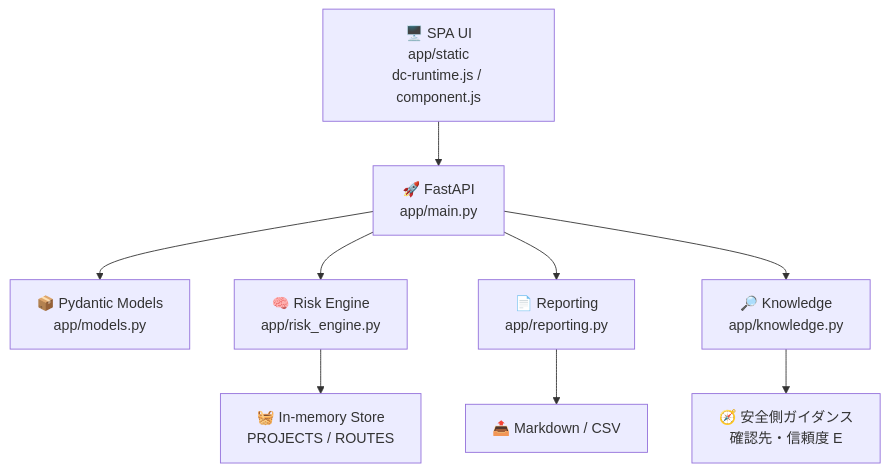
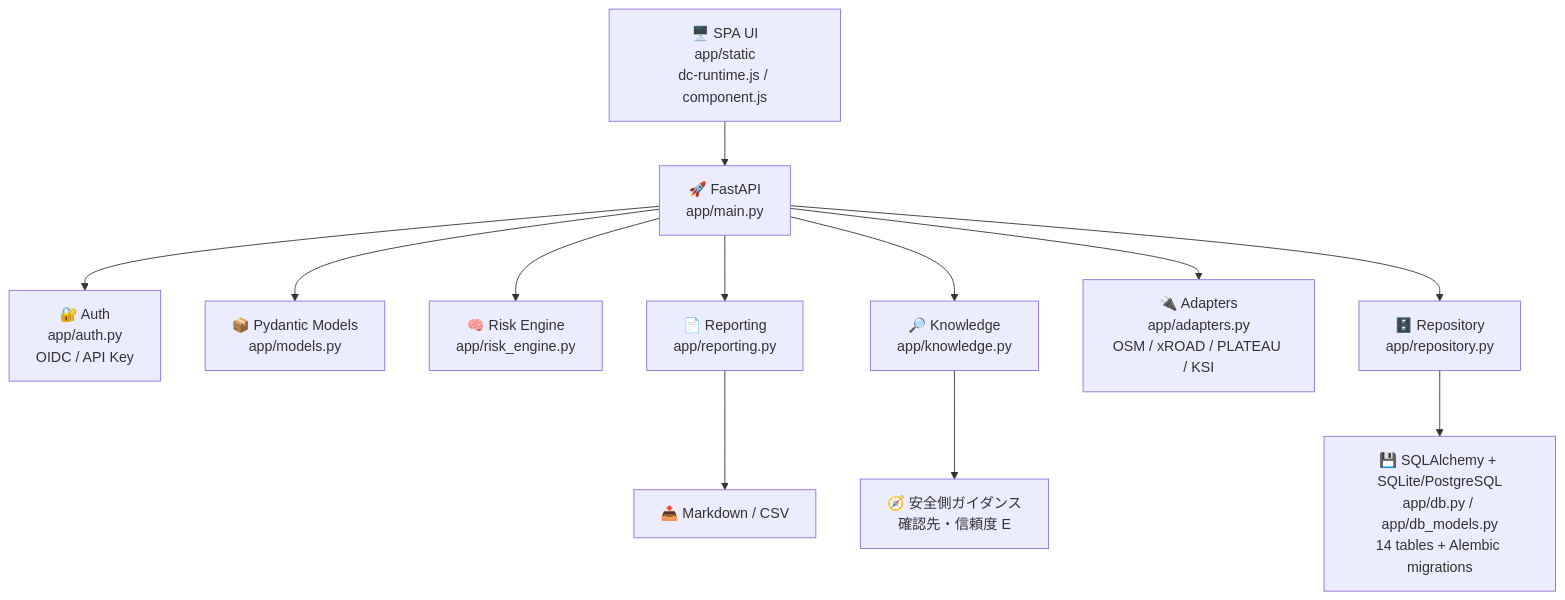
Before and after one commit to Kensan196948G/Construction-Logistics-Route-Planner: the fifth of 6 diagrams in README.md, drawn with Mermaid. The commit also changed other lines of this file and 62 other files, not shown here.

First line of the commit message:
feat(eval): production-readiness improvements + UI core flow + evaluation docs (#18)

````diff
--- a/README.md
+++ b/README.md
@@ -187,11 +195,14 @@
 ```mermaid
 flowchart TB
     U["🖥️ SPA UI<br/>app/static<br/>dc-runtime.js / component.js"] --> API["🚀 FastAPI<br/>app/main.py"]
+    API --> Auth["🔐 Auth<br/>app/auth.py<br/>OIDC / API Key"]
     API --> Models["📦 Pydantic Models<br/>app/models.py"]
     API --> Engine["🧠 Risk Engine<br/>app/risk_engine.py"]
     API --> Report["📄 Reporting<br/>app/reporting.py"]
     API --> Know["🔎 Knowledge<br/>app/knowledge.py"]
-    Engine --> Store["🧺 In-memory Store<br/>PROJECTS / ROUTES"]
+    API --> Adapters["🔌 Adapters<br/>app/adapters.py<br/>OSM / xROAD / PLATEAU / KSI"]
+    API --> Repo["🗄️ Repository<br/>app/repository.py"]
+    Repo --> DB["💾 SQLAlchemy + SQLite/PostgreSQL<br/>app/db.py / app/db_models.py<br/>14 tables + Alembic migrations"]
     Report --> Out["📤 Markdown / CSV"]
     Know --> Guide["🧭 安全側ガイダンス<br/>確認先・信頼度 E"]
 ```
````
